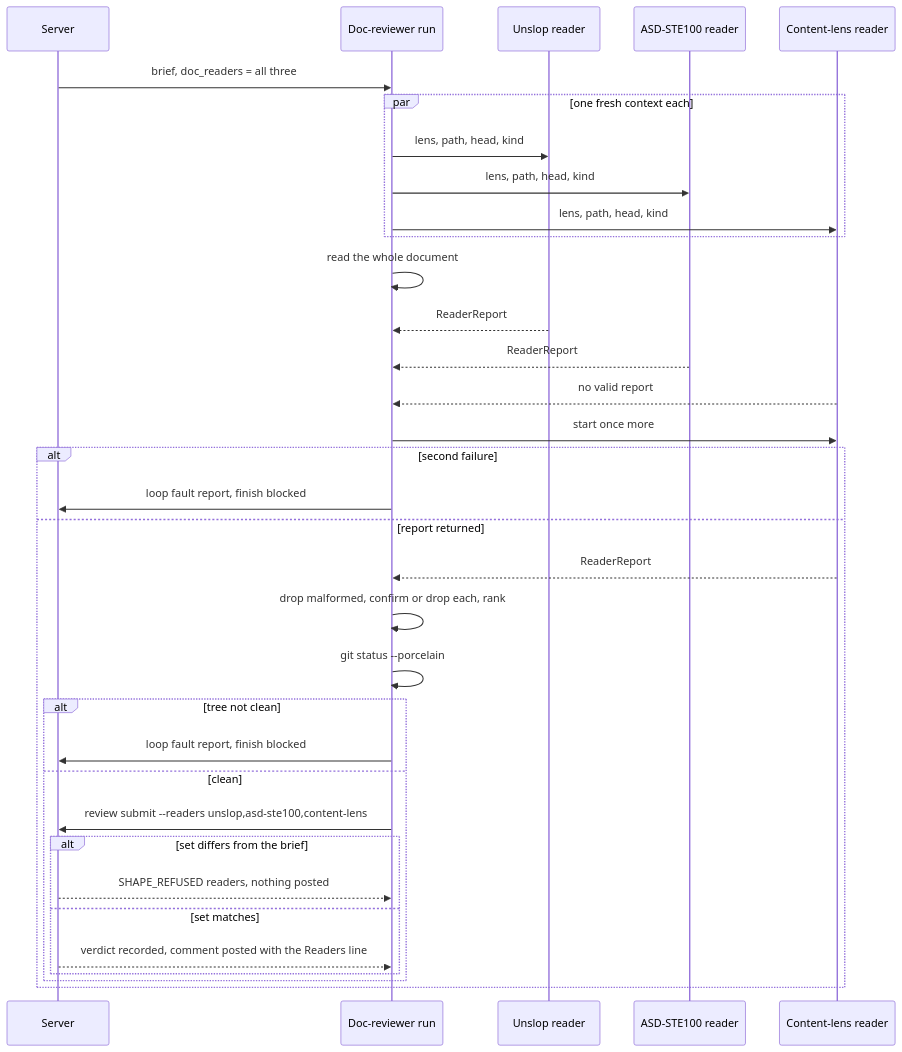
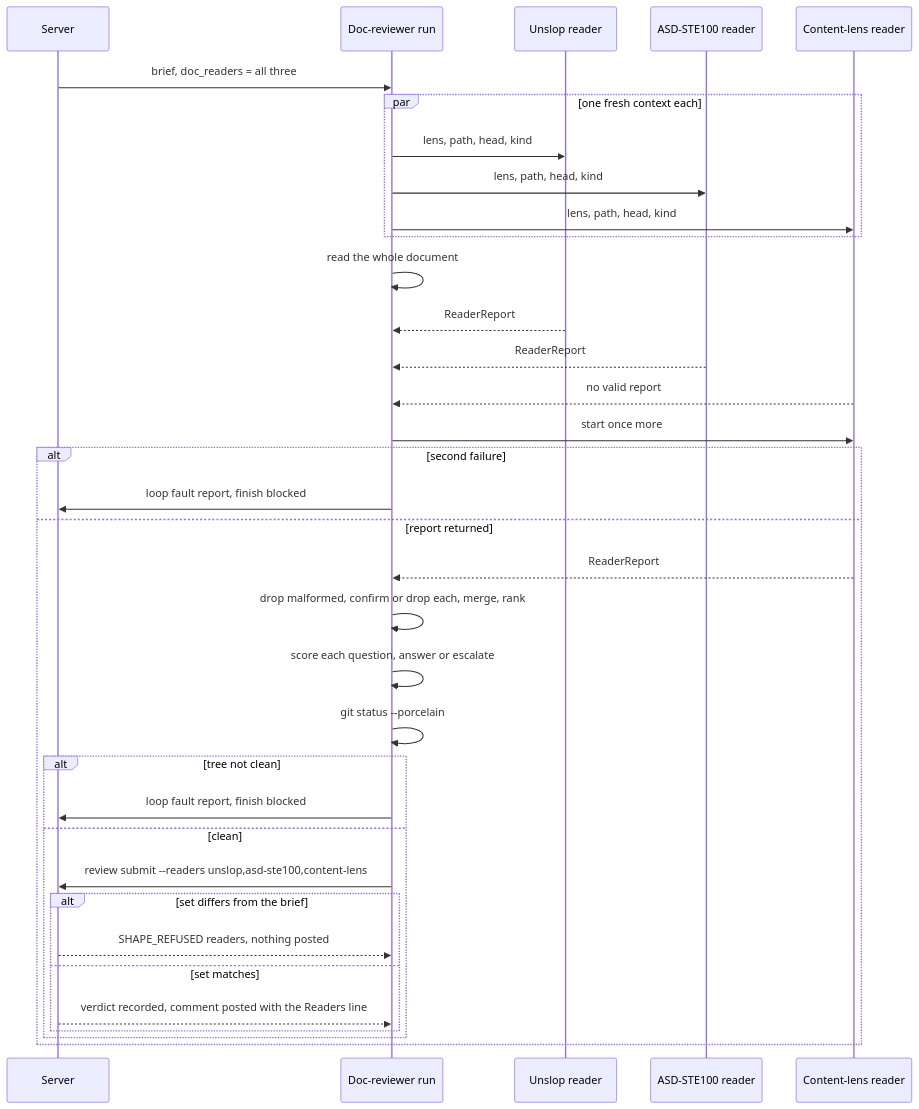
The first of 3 diagrams in docs/plans/factorio-4mb8-doc-review-with-clean-readers-spec.md (iantanwx/factory), drawn with Mermaid before and after one commit. The commit also changed other lines of this file, not shown here.

````diff
--- a/docs/plans/factorio-4mb8-doc-review-with-clean-readers-spec.md
+++ b/docs/plans/factorio-4mb8-doc-review-with-clean-readers-spec.md
@@ -333,36 +398,37 @@
 ```mermaid
 sequenceDiagram
     participant S as Server
     participant R as Doc-reviewer run
     participant U as Unslop reader
     participant T as ASD-STE100 reader
     participant C as Content-lens reader
     S->>R: brief, doc_readers = all three
     par one fresh context each
         R->>U: lens, path, head, kind
         R->>T: lens, path, head, kind
         R->>C: lens, path, head, kind
     end
     R->>R: read the whole document
     U-->>R: ReaderReport
     T-->>R: ReaderReport
     C-->>R: no valid report
     R->>C: start once more
     alt second failure
         R->>S: loop fault report, finish blocked
     else report returned
         C-->>R: ReaderReport
-        R->>R: drop malformed, confirm or drop each, rank
+        R->>R: drop malformed, confirm or drop each, merge, rank
+        R->>R: score each question, answer or escalate
         R->>R: git status --porcelain
         alt tree not clean
             R->>S: loop fault report, finish blocked
         else clean
             R->>S: review submit --readers unslop,asd-ste100,content-lens
             alt set differs from the brief
                 S-->>R: SHAPE_REFUSED readers, nothing posted
             else set matches
                 S-->>R: verdict recorded, comment posted with the Readers line
             end
         end
     end
 ```
````
